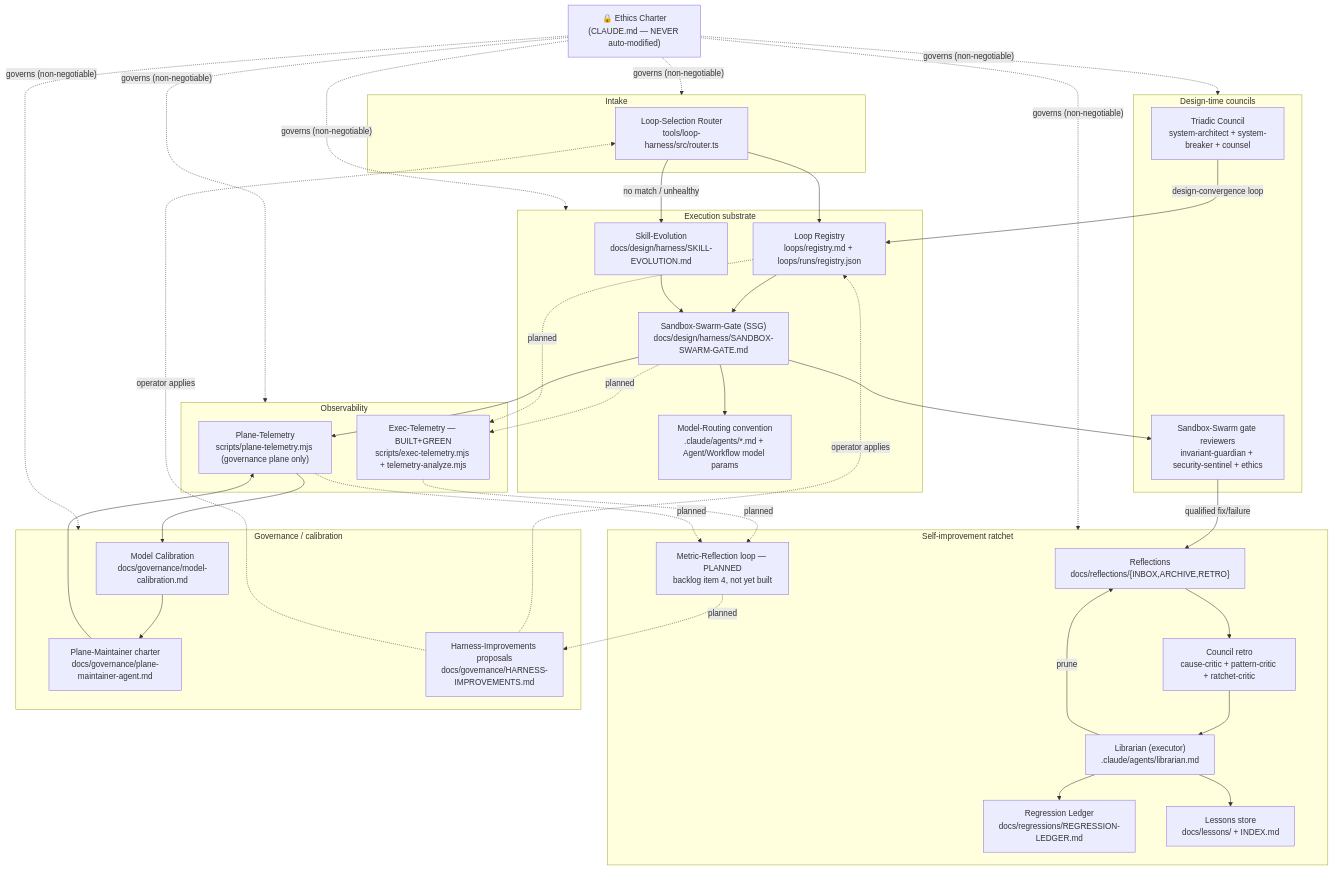
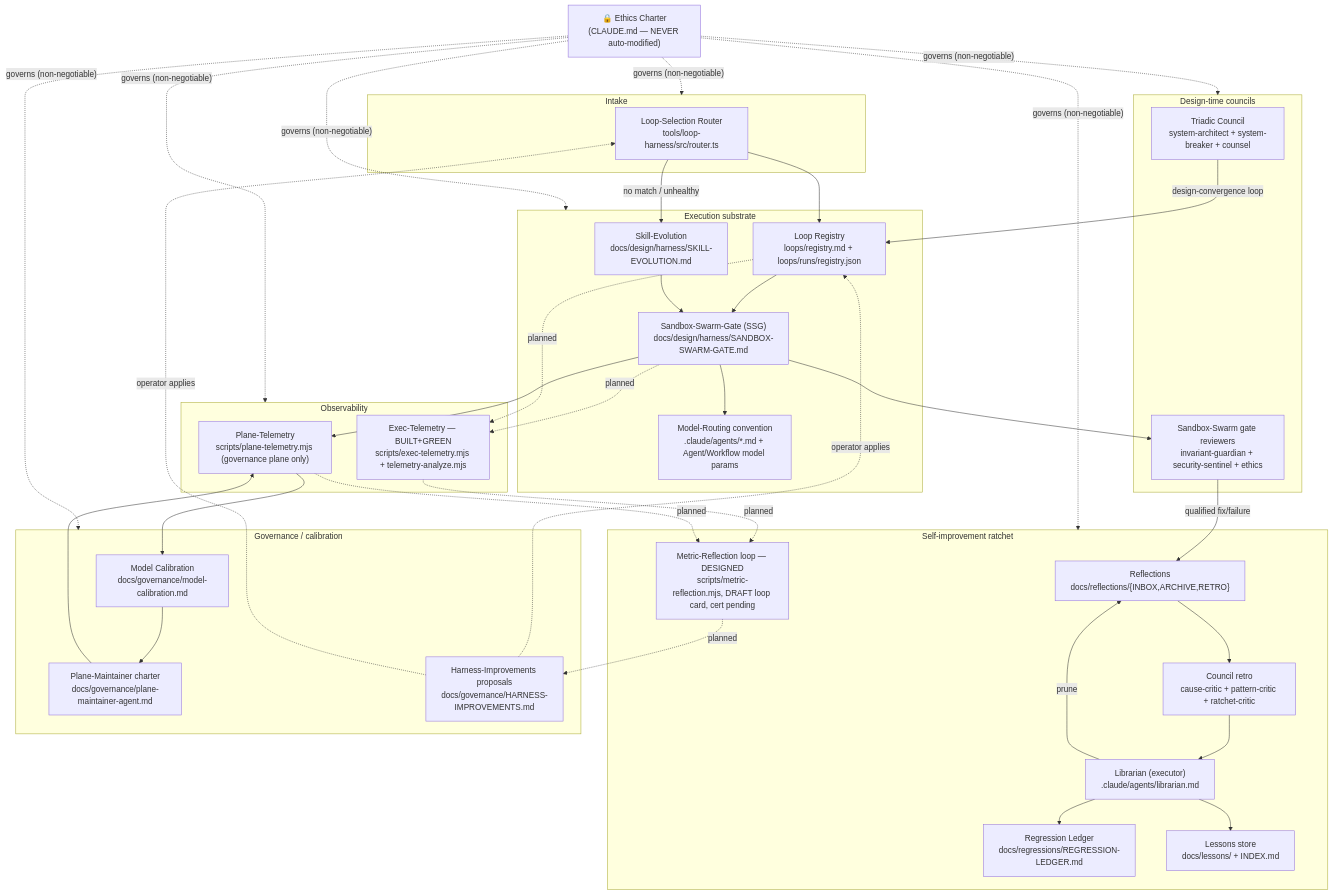
The diagram in docs/design/harness/SYSTEMS-MAP.md (SyniakSviatoslav/dowiz), drawn with Mermaid before and after one commit. The commit also changed other lines of this file and 5 other files, not shown here.

First line of the commit message:
feat(harness): metric-reflection loop -- fold exec-telemetry + git log into cross-run insight (backlog item 4)

````diff
--- a/docs/design/harness/SYSTEMS-MAP.md
+++ b/docs/design/harness/SYSTEMS-MAP.md
@@ -24,77 +24,77 @@
 ```mermaid
 flowchart TB
     ETHICS["🔒 Ethics Charter\n(CLAUDE.md — NEVER auto-modified)"]
 
     subgraph INTAKE["Intake"]
         ROUTER["Loop-Selection Router\ntools/loop-harness/src/router.ts"]
     end
 
     subgraph EXEC["Execution substrate"]
         SSG["Sandbox-Swarm-Gate (SSG)\ndocs/design/harness/SANDBOX-SWARM-GATE.md"]
         SKILLEVO["Skill-Evolution\ndocs/design/harness/SKILL-EVOLUTION.md"]
         MODELROUTE["Model-Routing convention\n.claude/agents/*.md + Agent/Workflow model params"]
         REGISTRY["Loop Registry\nloops/registry.md + loops/runs/registry.json"]
     end
 
     subgraph OBSERVE["Observability"]
         PLANETEL["Plane-Telemetry\nscripts/plane-telemetry.mjs (governance plane only)"]
         EXECTEL["Exec-Telemetry — BUILT+GREEN\nscripts/exec-telemetry.mjs + telemetry-analyze.mjs"]
     end
 
     subgraph LEARN["Self-improvement ratchet"]
         REFLECT["Reflections\ndocs/reflections/{INBOX,ARCHIVE,RETRO}"]
         COUNCIL["Council retro\ncause-critic + pattern-critic + ratchet-critic"]
-        METRICREFLECT["Metric-Reflection loop — PLANNED\nbacklog item 4, not yet built"]
+        METRICREFLECT["Metric-Reflection loop — DESIGNED\nscripts/metric-reflection.mjs, DRAFT loop card, cert pending"]
         LIBRARIAN["Librarian (executor)\n.claude/agents/librarian.md"]
         LEDGER["Regression Ledger\ndocs/regressions/REGRESSION-LEDGER.md"]
         LESSONS["Lessons store\ndocs/lessons/ + INDEX.md"]
     end
 
     subgraph GOVERN["Governance / calibration"]
         PLANEMAINT["Plane-Maintainer charter\ndocs/governance/plane-maintainer-agent.md"]
         CALIBRATION["Model Calibration\ndocs/governance/model-calibration.md"]
         HARNESSPROP["Harness-Improvements proposals\ndocs/governance/HARNESS-IMPROVEMENTS.md"]
     end
 
     subgraph COUNCILS["Design-time councils"]
         TRIADIC["Triadic Council\nsystem-architect + system-breaker + counsel"]
         SSGATE["Sandbox-Swarm gate reviewers\ninvariant-guardian + security-sentinel + ethics"]
     end
 
     ETHICS -.governs (non-negotiable).-> INTAKE
     ETHICS -.governs (non-negotiable).-> EXEC
     ETHICS -.governs (non-negotiable).-> OBSERVE
     ETHICS -.governs (non-negotiable).-> LEARN
     ETHICS -.governs (non-negotiable).-> GOVERN
     ETHICS -.governs (non-negotiable).-> COUNCILS
 
     ROUTER --> REGISTRY
     ROUTER -->|no match / unhealthy| SKILLEVO
     REGISTRY --> SSG
     SSG --> MODELROUTE
     SSG --> SSGATE
     SKILLEVO --> SSG
 
     SSG --> PLANETEL
     PLANEMAINT --> PLANETEL
     PLANETEL --> CALIBRATION
     SSG -. planned .-> EXECTEL
     REGISTRY -. planned .-> EXECTEL
 
     SSGATE -->|qualified fix/failure| REFLECT
     REFLECT --> COUNCIL
     COUNCIL --> LIBRARIAN
     LIBRARIAN --> LEDGER
     LIBRARIAN --> LESSONS
     LIBRARIAN -->|prune| REFLECT
 
     EXECTEL -. planned .-> METRICREFLECT
     PLANETEL -. planned .-> METRICREFLECT
     METRICREFLECT -. planned .-> HARNESSPROP
 
     TRIADIC -->|design-convergence loop| REGISTRY
     CALIBRATION --> PLANEMAINT
 
     HARNESSPROP -.operator applies.-> REGISTRY
     HARNESSPROP -.operator applies.-> ROUTER
 ```
````
